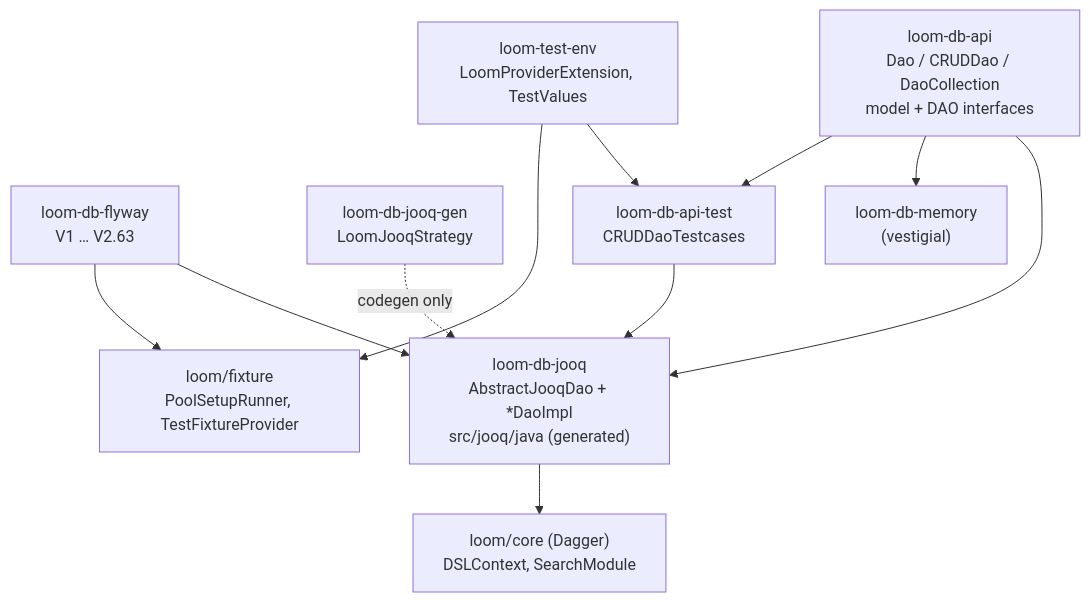
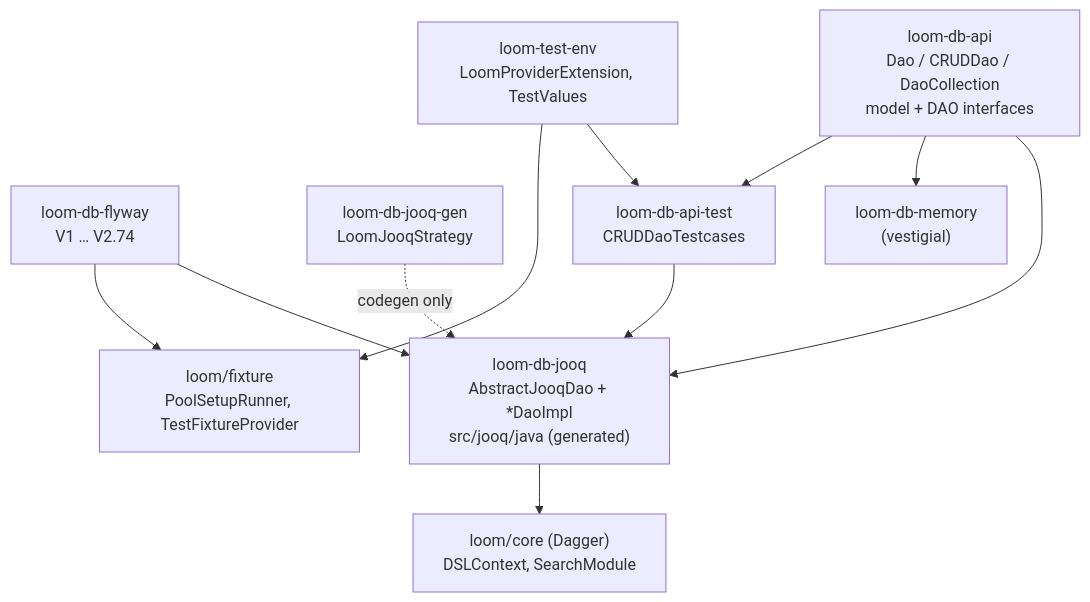
One commit to metaloom/metaloom changed the diagram in spec/loom/PERSISTENCE.md. Above: the diagram before and after it, drawn with Mermaid. The commit also changed other lines of this file and 60 other files, not shown here.

````diff
--- a/spec/loom/PERSISTENCE.md
+++ b/spec/loom/PERSISTENCE.md
@@ -25,23 +25,23 @@
 ```mermaid
 graph TD
   API["loom-db-api<br/>Dao / CRUDDao / DaoCollection<br/>model + DAO interfaces"]
-  FLY["loom-db-flyway<br/>V1 … V2.63"]
+  FLY["loom-db-flyway<br/>V1 … V2.74"]
   GEN["loom-db-jooq-gen<br/>LoomJooqStrategy"]
   JOOQ["loom-db-jooq<br/>AbstractJooqDao + *DaoImpl<br/>src/jooq/java (generated)"]
   MEM["loom-db-memory<br/>(vestigial)"]
   ATEST["loom-db-api-test<br/>CRUDDaoTestcases"]
   ENV["loom-test-env<br/>LoomProviderExtension, TestValues"]
   FIX["loom/fixture<br/>PoolSetupRunner, TestFixtureProvider"]
   CORE["loom/core (Dagger)<br/>DSLContext, SearchModule"]
 
   API --> JOOQ
   FLY --> JOOQ
   GEN -. "codegen only" .-> JOOQ
   API --> MEM
   API --> ATEST
   ATEST --> JOOQ
   ENV --> ATEST
   ENV --> FIX
   FLY --> FIX
   JOOQ --> CORE
 ```
````
